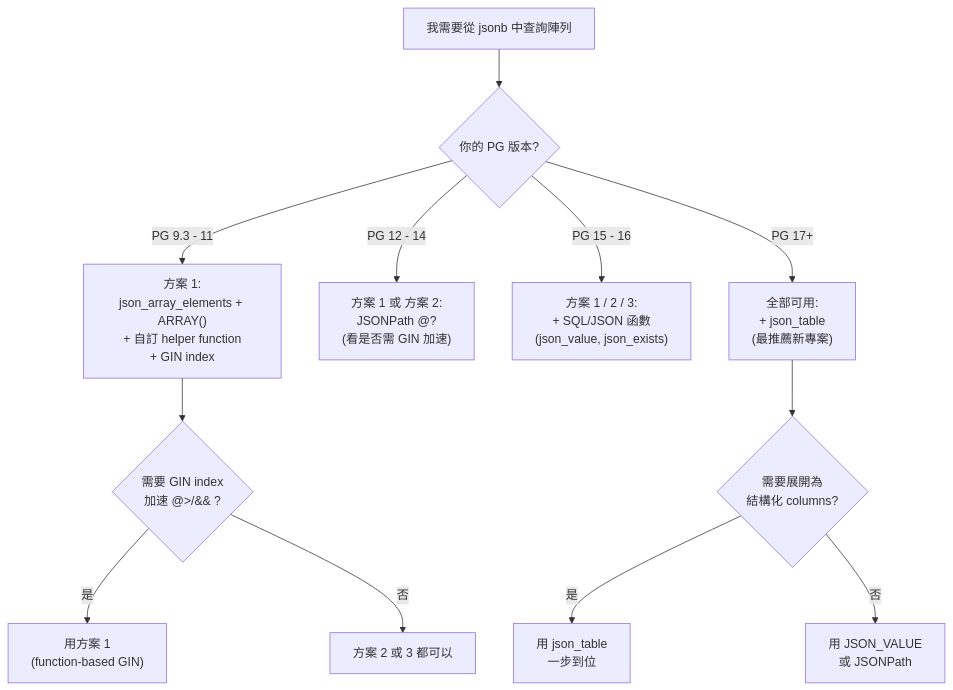
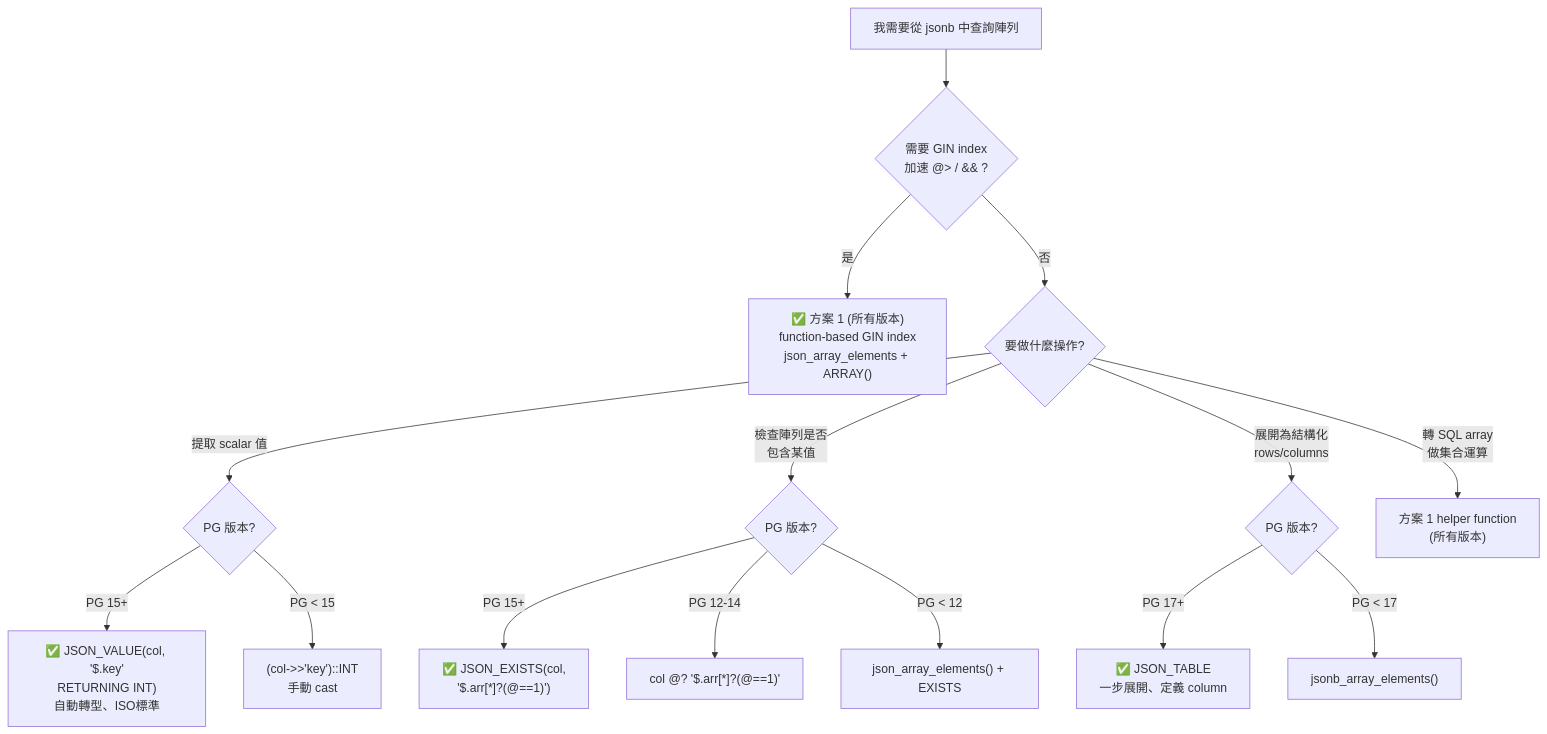
One commit to henry-tpwong/postgresql_note changed diagram 14 of 15 in json/json.md. Above: the diagram before and after it, drawn with Mermaid. The commit also changed other lines of this file, not shown here.

First line of the commit message:
docs(json): 重構 JSON/JSONB 筆記 — 清除C原始碼、補5層結構、修正Mermaid

````diff
--- a/json/json.md
+++ b/json/json.md
@@ -1075,17 +871,23 @@
 ```mermaid
 flowchart TD
-    Q["我需要從 jsonb 中查詢陣列"] --> V{"你的 PG 版本?"}
+    Q["我需要從 jsonb 中查詢陣列"] --> Q1{"需要 GIN index<br/>加速 @> / && ?"}
 
-    V -->|"PG 9.3 - 11"| OLD["方案 1:\njson_array_elements + ARRAY()\n+ 自訂 helper function\n+ GIN index"]
-    V -->|"PG 12 - 14"| MID["方案 1 或 方案 2:\nJSONPath @?\n(看是否需 GIN 加速)"]
-    V -->|"PG 15 - 16"| NEW["方案 1 / 2 / 3:\n+ SQL/JSON 函數\n(json_value, json_exists)"]
-    V -->|"PG 17+"| ALL["全部可用:\n+ json_table\n(最推薦新專案)"]
-
-    OLD --> Q2{"需要 GIN index\n加速 @>/&& ?"}
-    Q2 -->|"是"| USE1["用方案 1\n(function-based GIN)"]
-    Q2 -->|"否"| USE2["方案 2 或 3 都可以"]
-
-    ALL --> Q3{"需要展開為\n結構化 columns?"}
-    Q3 -->|"是"| USE3["用 json_table\n一步到位"]
-    Q3 -->|"否"| USE4["用 JSON_VALUE\n或 JSONPath"]
+    Q1 -->|"是"| GIN["✅ 方案 1 (所有版本)<br/>function-based GIN index<br/>json_array_elements + ARRAY()"]
+    
+    Q1 -->|"否"| Q2{"要做什麼操作?"}
+    
+    Q2 -->|"提取 scalar 值"| V1{"PG 版本?"}
+    V1 -->|"PG 15+"| S1["✅ JSON_VALUE(col, '$.key'<br/>RETURNING INT)<br/>自動轉型、ISO標準"]
+    V1 -->|"PG < 15"| S1_OLD["(col->>'key')::INT<br/>手動 cast"]
+    
+    Q2 -->|"檢查陣列是否<br/>包含某值"| V2{"PG 版本?"}
+    V2 -->|"PG 15+"| S2["✅ JSON_EXISTS(col,<br/>'$.arr[*]?(@==1)')"]
+    V2 -->|"PG 12-14"| S2_MID["col @? '$.arr[*]?(@==1)'"]
+    V2 -->|"PG < 12"| S2_OLD["json_array_elements() + EXISTS"]
+    
+    Q2 -->|"展開為結構化<br/>rows/columns"| V3{"PG 版本?"}
+    V3 -->|"PG 17+"| S3["✅ JSON_TABLE<br/>一步展開、定義 column"]
+    V3 -->|"PG < 17"| S3_OLD["jsonb_array_elements()"]
+    
+    Q2 -->|"轉 SQL array<br/>做集合運算"| S4["方案 1 helper function<br/>(所有版本)"]
 ```
````
